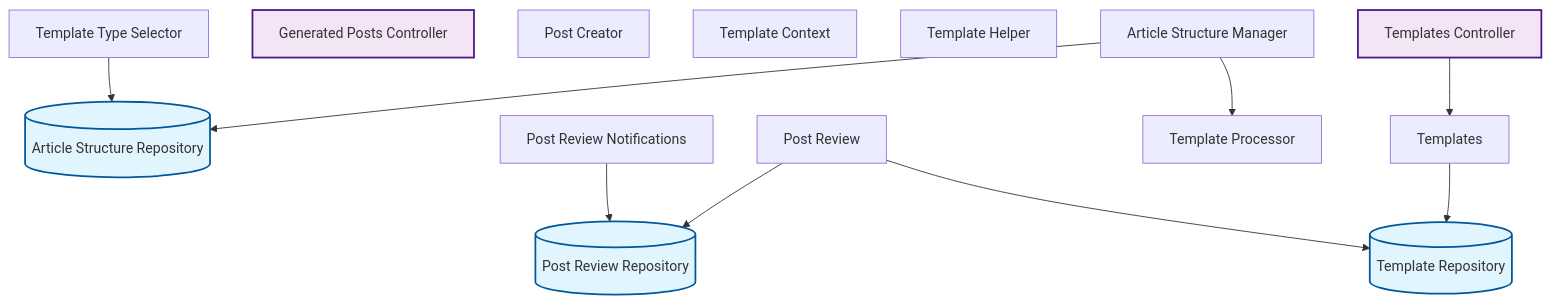
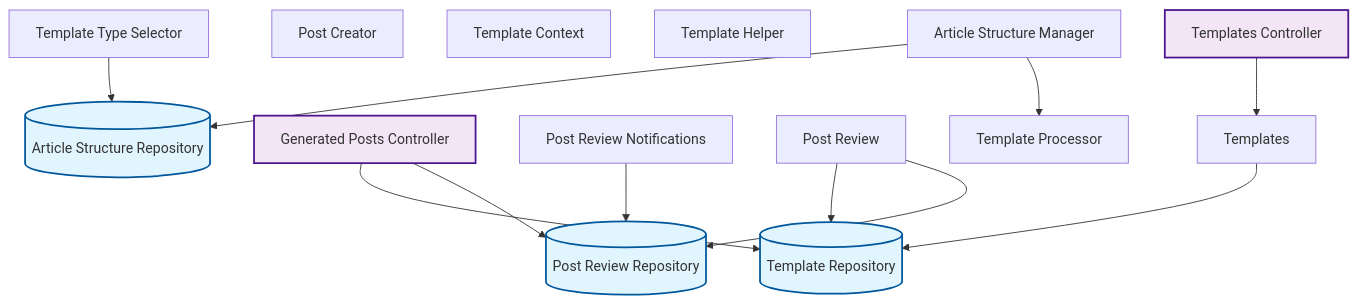
One commit to rpnunez/wp-ai-scheduler changed the fourth of 10 diagrams in docs/feature-report.md. Above: the diagram before and after it, drawn with Mermaid. The commit also changed other lines of this file and 3 other files, not shown here.

````diff
--- a/docs/feature-report.md
+++ b/docs/feature-report.md
@@ -174,34 +178,36 @@
 ```mermaid
 flowchart TD
     %% Content Management Architecture
 
     Article_Structure_Manager["Article Structure Manager"]
     Article_Structure_Repository[("Article Structure Repository")]
     Generated_Posts_Controller["Generated Posts Controller"]
     Post_Creator["Post Creator"]
     Post_Review_Notifications["Post Review Notifications"]
     Post_Review_Repository[("Post Review Repository")]
     Post_Review["Post Review"]
     Template_Context["Template Context"]
     Template_Helper["Template Helper"]
     Template_Processor["Template Processor"]
     Template_Repository[("Template Repository")]
     Template_Type_Selector["Template Type Selector"]
     Templates_Controller["Templates Controller"]
     Templates["Templates"]
 
+    Article_Structure_Manager --> Article_Structure_Repository
     Article_Structure_Manager --> Template_Processor
-    Article_Structure_Manager --> Article_Structure_Repository
+    Generated_Posts_Controller --> Template_Repository
+    Generated_Posts_Controller --> Post_Review_Repository
     Post_Review_Notifications --> Post_Review_Repository
     Post_Review --> Template_Repository
     Post_Review --> Post_Review_Repository
     Template_Type_Selector --> Article_Structure_Repository
     Templates_Controller --> Templates
     Templates --> Template_Repository
 
     classDef repository fill:#e1f5ff,stroke:#01579b,stroke-width:2px
     classDef service fill:#fff3e0,stroke:#e65100,stroke-width:2px
     classDef controller fill:#f3e5f5,stroke:#4a148c,stroke-width:2px
     class Article_Structure_Repository,Post_Review_Repository,Template_Repository repository
     class Generated_Posts_Controller,Templates_Controller controller
 ```
````
